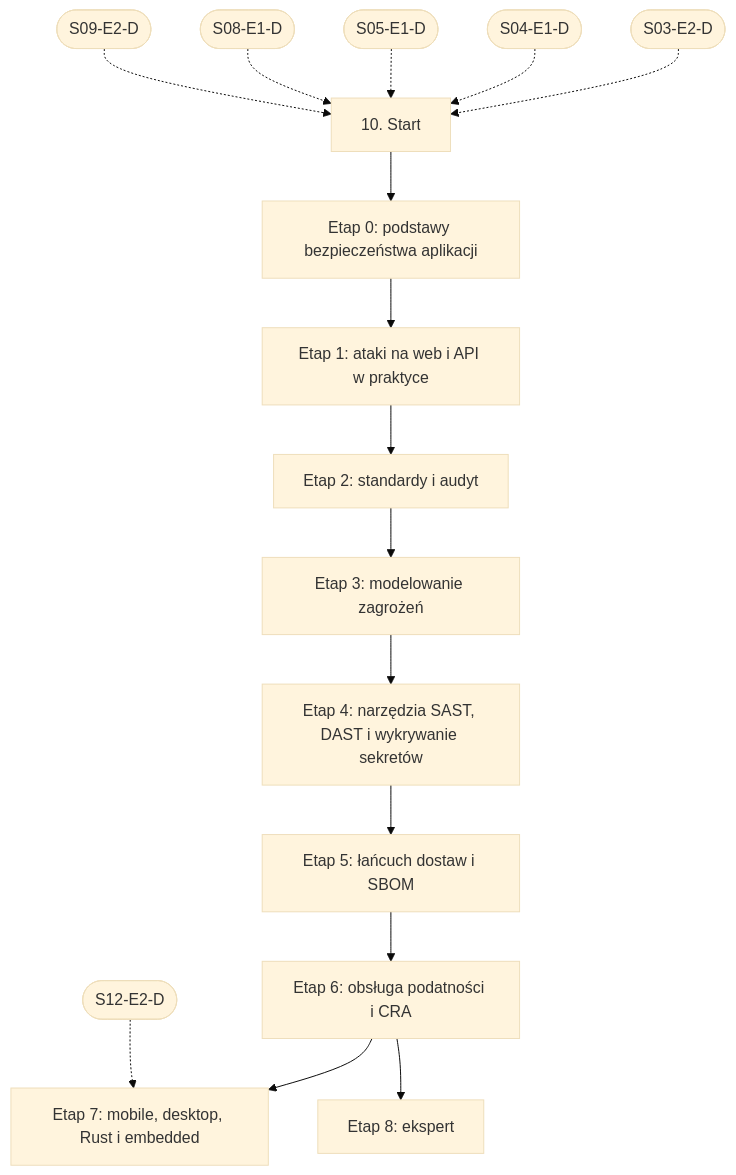
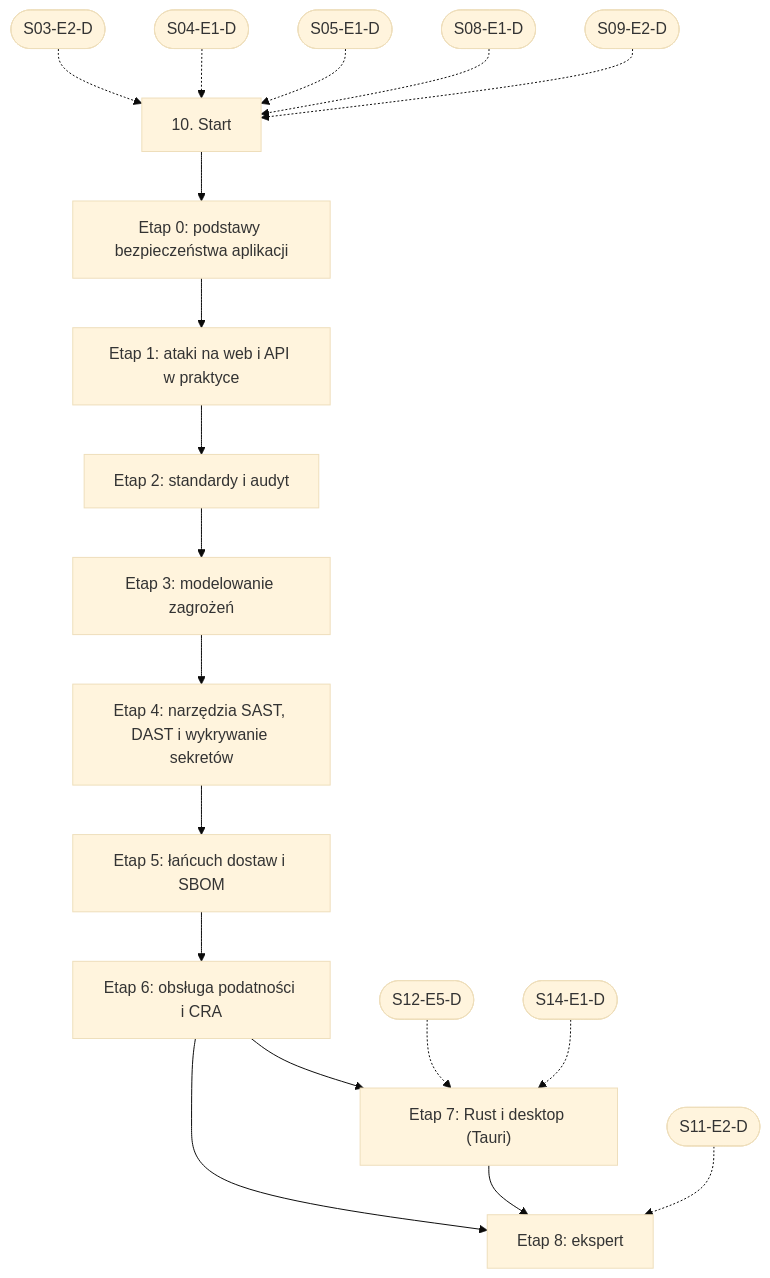
Before and after one commit to danjarosz/software-development-learning-path: the diagram in linear/10-bezpieczenstwo.md, drawn with Mermaid (base theme). The commit also changed other lines of this file and 65 other files, not shown here.

First line of the commit message:
feat: popraw ścieżki nauki po przeglądzie i dodaj NestJS, FastAPI i GraphQL

````diff
--- a/linear/10-bezpieczenstwo.md
+++ b/linear/10-bezpieczenstwo.md
@@ -97,28 +96,31 @@
 ```mermaid
 flowchart TD
   START["10. Start"]
   E0["Etap 0: podstawy bezpieczeństwa aplikacji"]
   E1["Etap 1: ataki na web i API w praktyce"]
   E2["Etap 2: standardy i audyt"]
   E3["Etap 3: modelowanie zagrożeń"]
   E4["Etap 4: narzędzia SAST, DAST i wykrywanie sekretów"]
   E5["Etap 5: łańcuch dostaw i SBOM"]
   E6["Etap 6: obsługa podatności i CRA"]
-  E7["Etap 7: mobile, desktop, Rust i embedded"]
+  E7["Etap 7: Rust i desktop (Tauri)"]
   E8["Etap 8: ekspert"]
   START --> E0
   E0 --> E1
   E1 --> E2
   E2 --> E3
   E3 --> E4
   E4 --> E5
   E5 --> E6
   E6 --> E7
-  XS12E2D(["S12-E2-D"]) -.-> E7
+  XS12E5D(["S12-E5-D"]) -.-> E7
+  XS14E1D(["S14-E1-D"]) -.-> E7
   E6 --> E8
+  E7 --> E8
+  XS11E2D(["S11-E2-D"]) -.-> E8
   XS03E2D(["S03-E2-D"]) -.-> START
   XS04E1D(["S04-E1-D"]) -.-> START
   XS05E1D(["S05-E1-D"]) -.-> START
   XS08E1D(["S08-E1-D"]) -.-> START
   XS09E2D(["S09-E2-D"]) -.-> START
 ```
````
